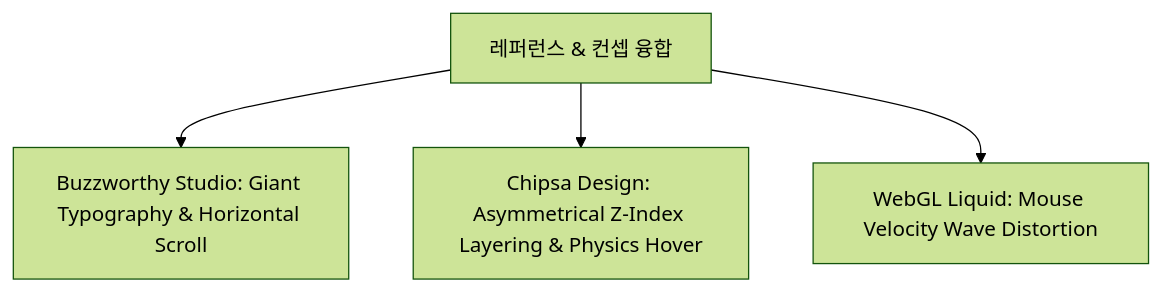
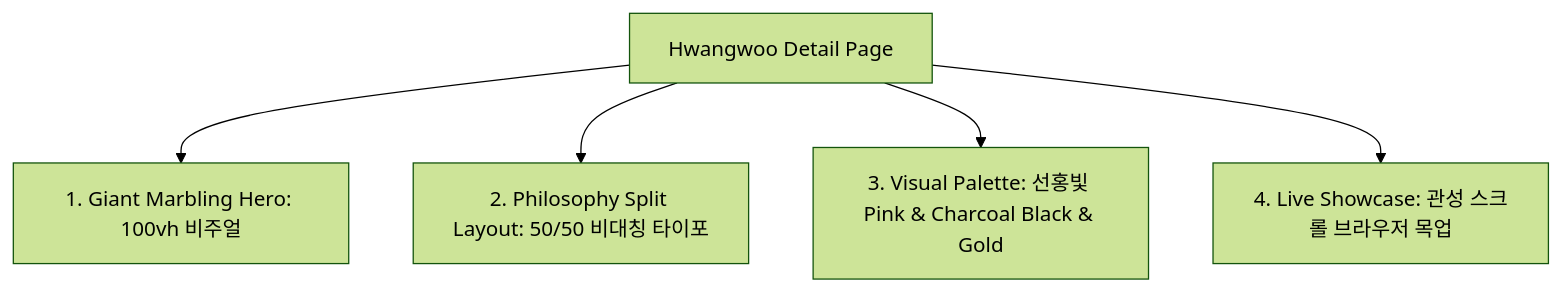
Before and after one commit to ming3312/portfolio-2026: the second of 2 diagrams in 디자인_가이드.md, drawn with Mermaid (forest theme). The commit also changed other lines of this file and 23 other files, not shown here.

````diff
--- a/디자인_가이드.md
+++ b/디자인_가이드.md
@@ -22,6 +69,7 @@
 ```mermaid
 graph TD
-    Ref[레퍼런스 & 컨셉 융합] --> Buzz[Buzzworthy Studio: Giant Typography & Horizontal Scroll]
-    Ref --> Chipsa[Chipsa Design: Asymmetrical Z-Index Layering & Physics Hover]
-    Ref --> WebGL[WebGL Liquid: Mouse Velocity Wave Distortion]
+    Detail[Hwangwoo Detail Page] --> Hero[1. Giant Marbling Hero: 100vh 비주얼]
+    Detail --> Split[2. Philosophy Split Layout: 50/50 비대칭 타이포]
+    Detail --> ColorMix[3. Visual Palette: 선홍빛 Pink & Charcoal Black & Gold]
+    Detail --> Tech[4. Live Showcase: 관성 스크롤 브라우저 목업]
 ```
````
